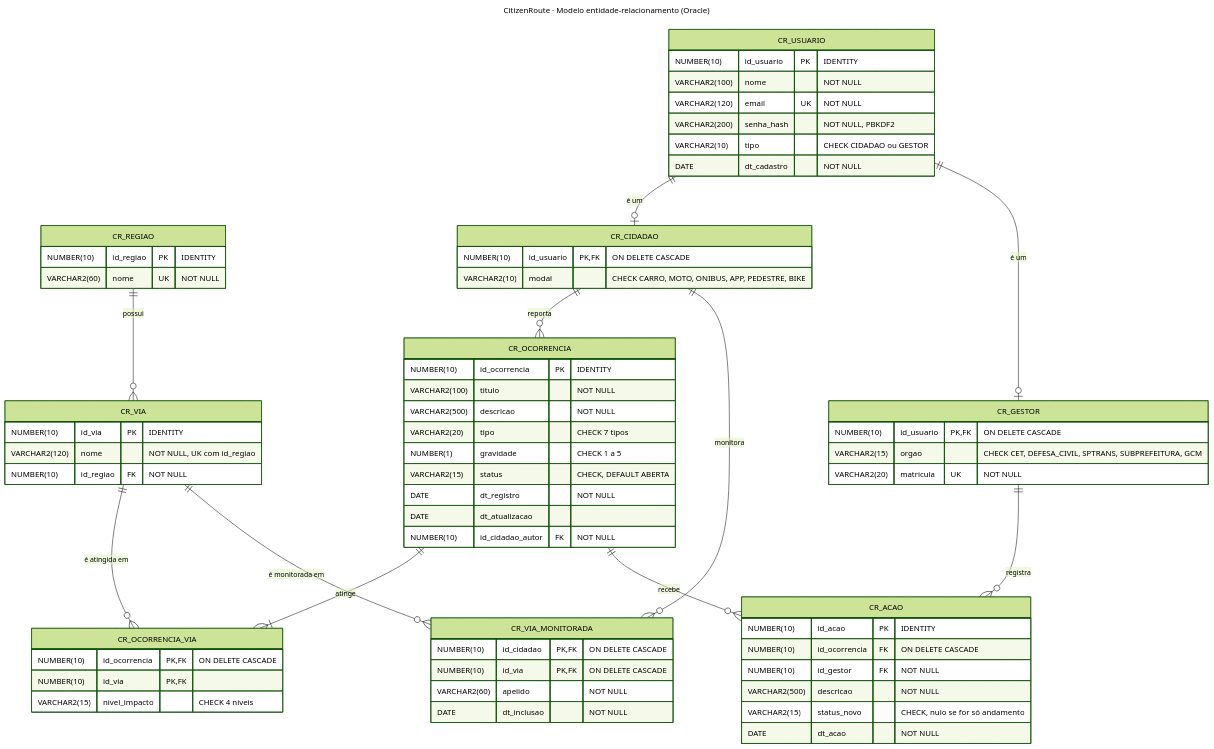
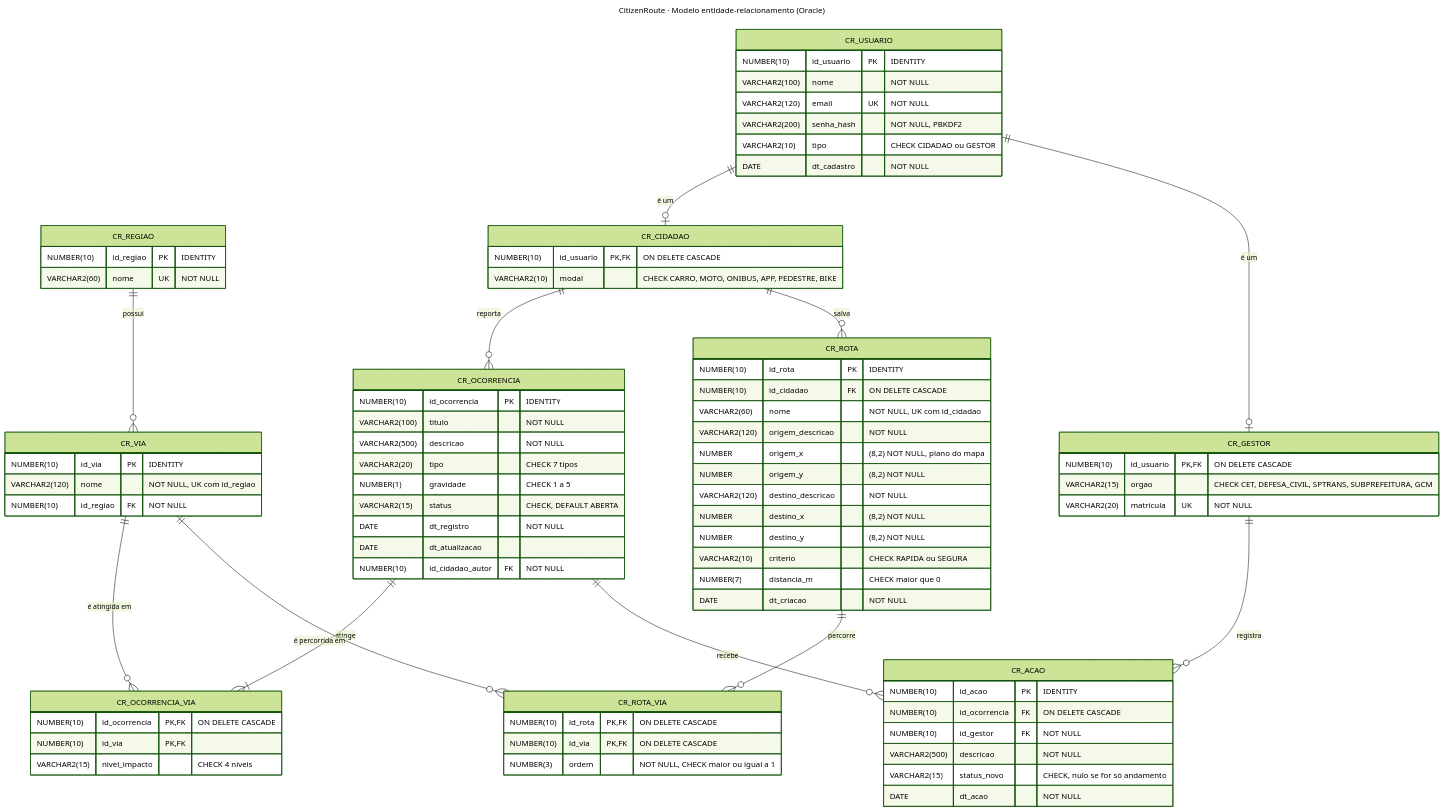
The diagram in docs/diagramas/er.mmd (lucasakira3/CitizenRoute), drawn with Mermaid (forest theme) before and after one commit. The commit also changed 58 other files, not shown here.

First line of the commit message:
Rotas da saída ao destino com risco por modal

```diff
--- a/docs/diagramas/er.mmd
+++ b/docs/diagramas/er.mmd
@@ -1,71 +1,85 @@
 ---
 title: CitizenRoute · Modelo entidade-relacionamento (Oracle)
 ---
 erDiagram
     CR_REGIAO ||--o{ CR_VIA : "possui"
     CR_USUARIO ||--o| CR_CIDADAO : "é um"
     CR_USUARIO ||--o| CR_GESTOR : "é um"
     CR_CIDADAO ||--o{ CR_OCORRENCIA : "reporta"
     CR_OCORRENCIA ||--|{ CR_OCORRENCIA_VIA : "atinge"
     CR_VIA ||--o{ CR_OCORRENCIA_VIA : "é atingida em"
-    CR_CIDADAO ||--o{ CR_VIA_MONITORADA : "monitora"
-    CR_VIA ||--o{ CR_VIA_MONITORADA : "é monitorada em"
+    CR_CIDADAO ||--o{ CR_ROTA : "salva"
+    CR_ROTA ||--o{ CR_ROTA_VIA : "percorre"
+    CR_VIA ||--o{ CR_ROTA_VIA : "é percorrida em"
     CR_OCORRENCIA ||--o{ CR_ACAO : "recebe"
     CR_GESTOR ||--o{ CR_ACAO : "registra"
 
     CR_REGIAO {
         NUMBER(10) id_regiao PK "IDENTITY"
         VARCHAR2(60) nome UK "NOT NULL"
     }
     CR_VIA {
         NUMBER(10) id_via PK "IDENTITY"
         VARCHAR2(120) nome "NOT NULL, UK com id_regiao"
         NUMBER(10) id_regiao FK "NOT NULL"
     }
     CR_USUARIO {
         NUMBER(10) id_usuario PK "IDENTITY"
         VARCHAR2(100) nome "NOT NULL"
         VARCHAR2(120) email UK "NOT NULL"
         VARCHAR2(200) senha_hash "NOT NULL, PBKDF2"
         VARCHAR2(10) tipo "CHECK CIDADAO ou GESTOR"
         DATE dt_cadastro "NOT NULL"
     }
     CR_CIDADAO {
         NUMBER(10) id_usuario PK, FK "ON DELETE CASCADE"
         VARCHAR2(10) modal "CHECK CARRO, MOTO, ONIBUS, APP, PEDESTRE, BIKE"
     }
     CR_GESTOR {
         NUMBER(10) id_usuario PK, FK "ON DELETE CASCADE"
         VARCHAR2(15) orgao "CHECK CET, DEFESA_CIVIL, SPTRANS, SUBPREFEITURA, GCM"
         VARCHAR2(20) matricula UK "NOT NULL"
     }
     CR_OCORRENCIA {
         NUMBER(10) id_ocorrencia PK "IDENTITY"
         VARCHAR2(100) titulo "NOT NULL"
         VARCHAR2(500) descricao "NOT NULL"
         VARCHAR2(20) tipo "CHECK 7 tipos"
         NUMBER(1) gravidade "CHECK 1 a 5"
         VARCHAR2(15) status "CHECK, DEFAULT ABERTA"
         DATE dt_registro "NOT NULL"
         DATE dt_atualizacao
         NUMBER(10) id_cidadao_autor FK "NOT NULL"
     }
     CR_OCORRENCIA_VIA {
         NUMBER(10) id_ocorrencia PK, FK "ON DELETE CASCADE"
         NUMBER(10) id_via PK, FK
         VARCHAR2(15) nivel_impacto "CHECK 4 níveis"
     }
-    CR_VIA_MONITORADA {
-        NUMBER(10) id_cidadao PK, FK "ON DELETE CASCADE"
+    CR_ROTA {
+        NUMBER(10) id_rota PK "IDENTITY"
+        NUMBER(10) id_cidadao FK "ON DELETE CASCADE"
+        VARCHAR2(60) nome "NOT NULL, UK com id_cidadao"
+        VARCHAR2(120) origem_descricao "NOT NULL"
+        NUMBER origem_x "(8,2) NOT NULL, plano do mapa"
+        NUMBER origem_y "(8,2) NOT NULL"
+        VARCHAR2(120) destino_descricao "NOT NULL"
+        NUMBER destino_x "(8,2) NOT NULL"
+        NUMBER destino_y "(8,2) NOT NULL"
+        VARCHAR2(10) criterio "CHECK RAPIDA ou SEGURA"
+        NUMBER(7) distancia_m "CHECK maior que 0"
+        DATE dt_criacao "NOT NULL"
+    }
+    CR_ROTA_VIA {
+        NUMBER(10) id_rota PK, FK "ON DELETE CASCADE"
         NUMBER(10) id_via PK, FK "ON DELETE CASCADE"
-        VARCHAR2(60) apelido "NOT NULL"
-        DATE dt_inclusao "NOT NULL"
+        NUMBER(3) ordem "NOT NULL, CHECK maior ou igual a 1"
     }
     CR_ACAO {
         NUMBER(10) id_acao PK "IDENTITY"
         NUMBER(10) id_ocorrencia FK "ON DELETE CASCADE"
         NUMBER(10) id_gestor FK "NOT NULL"
         VARCHAR2(500) descricao "NOT NULL"
         VARCHAR2(15) status_novo "CHECK, nulo se for só andamento"
         DATE dt_acao "NOT NULL"
     }
```
